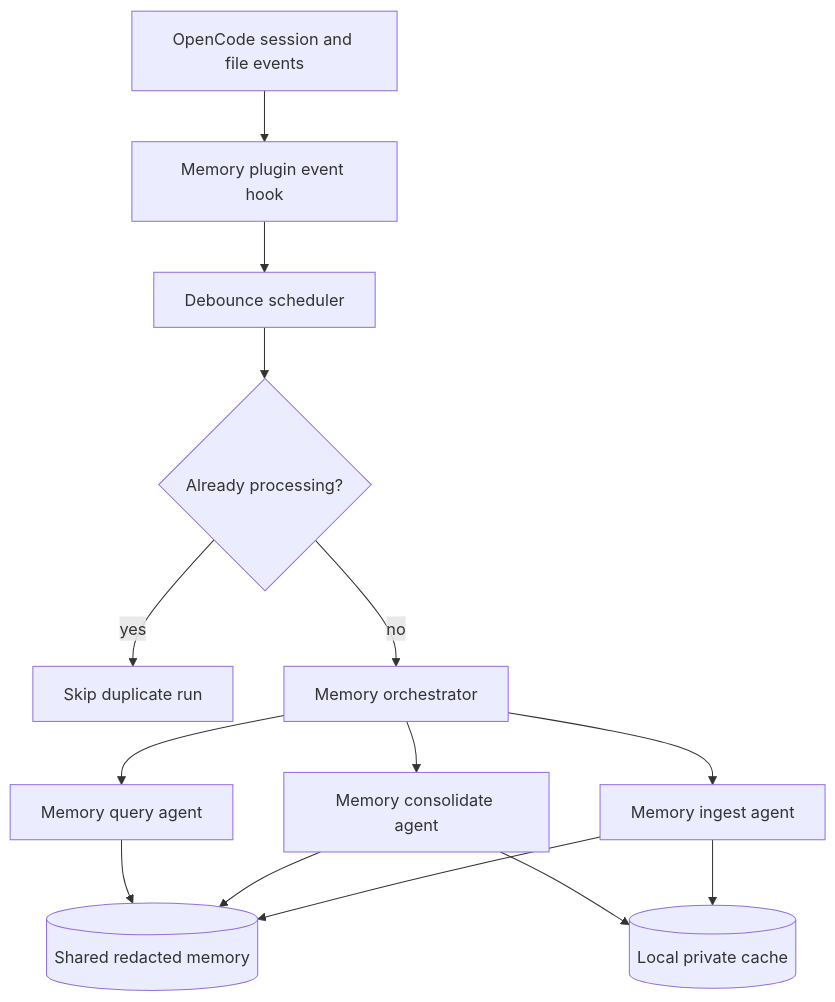
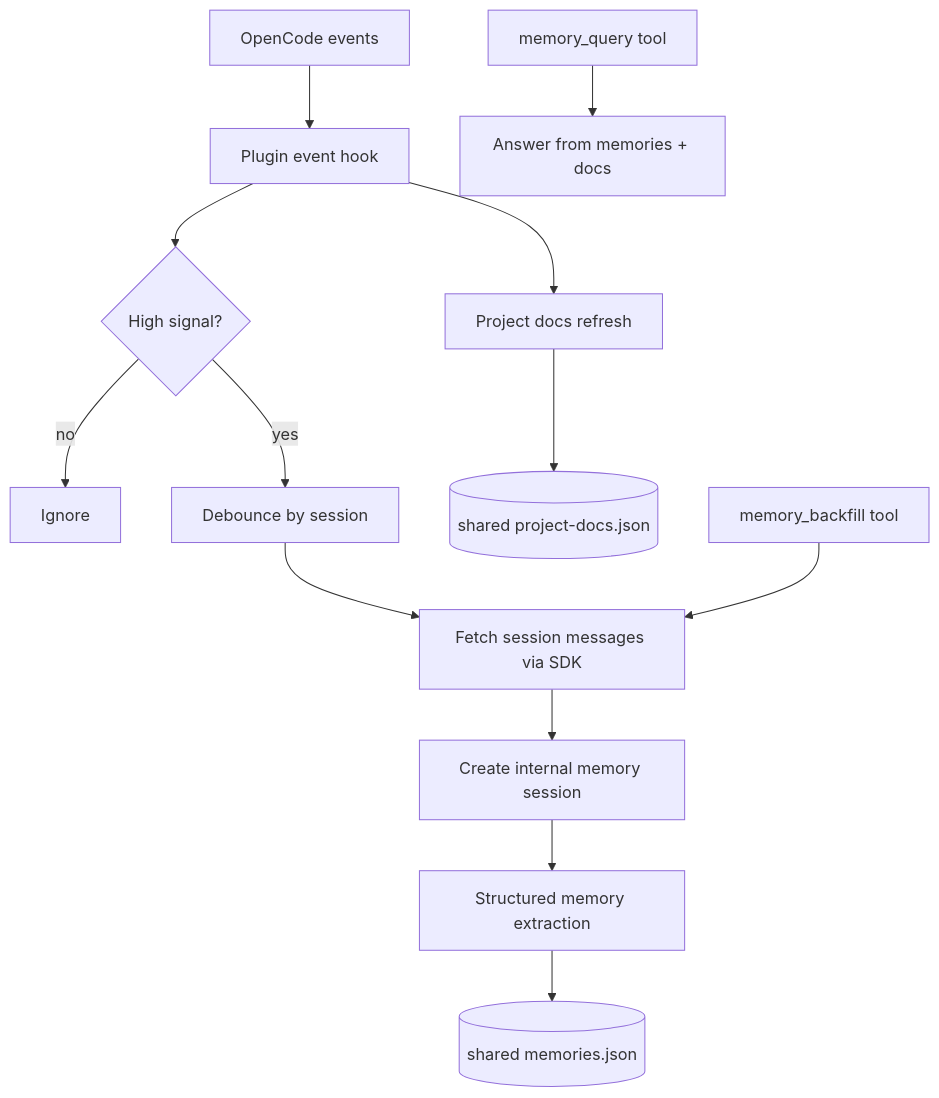
Before and after one commit to rothnic/opencode-memory-agent: the diagram in src/content/docs/guides/opencode-memory-agent-outline.mdx, drawn with Mermaid. The commit also changed other lines of this file and 24 other files, not shown here.

Commit message:
Implement installable opencode memory plugin runtime

````diff
--- a/src/content/docs/guides/opencode-memory-agent-outline.mdx
+++ b/src/content/docs/guides/opencode-memory-agent-outline.mdx
@@ -31,16 +25,15 @@
 ```mermaid
 flowchart TD
-    A[OpenCode session and file events] --> B[Memory plugin event hook]
-    B --> C[Debounce scheduler]
-    C --> D{Already processing?}
-    D -- yes --> E[Skip duplicate run]
-    D -- no --> F[Memory orchestrator]
-    F --> G[Memory ingest agent]
-    F --> H[Memory consolidate agent]
-    F --> I[Memory query agent]
-    G --> J[(Shared redacted memory)]
-    H --> J
-    I --> J
-    G --> K[(Local private cache)]
-    H --> K
+    A[OpenCode events] --> B[Plugin event hook]
+    B --> C{High signal?}
+    C -- no --> D[Ignore]
+    C -- yes --> E[Debounce by session]
+    E --> F[Fetch session messages via SDK]
+    F --> G[Create internal memory session]
+    G --> H[Structured memory extraction]
+    H --> I[(shared memories.json)]
+    B --> J[Project docs refresh]
+    J --> K[(shared project-docs.json)]
+    L[memory_backfill tool] --> F
+    M[memory_query tool] --> N[Answer from memories + docs]
 ```
````
